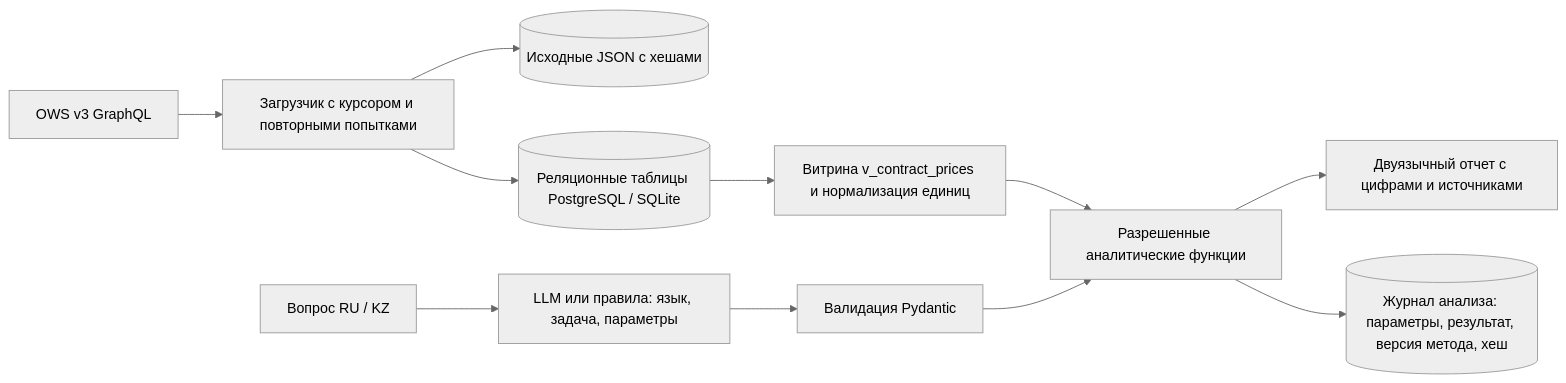
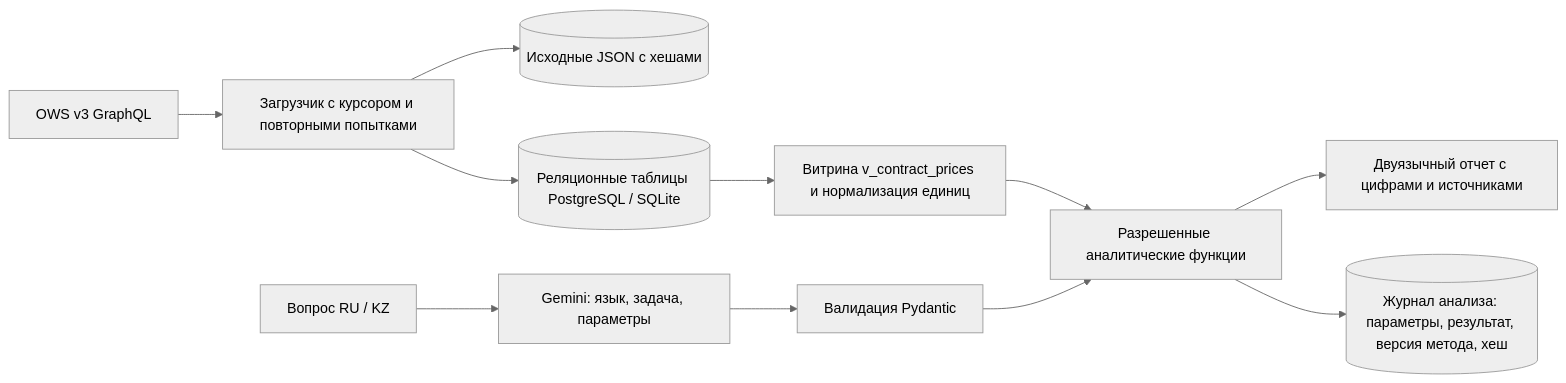
One commit to RakhatLukum646/QazProcure changed the diagram in docs/architecture.md. Above: the diagram before and after it, drawn with Mermaid (neutral theme). The commit also changed other lines of this file and 81 other files, not shown here.

````diff
--- a/docs/architecture.md
+++ b/docs/architecture.md
@@ -5,13 +6,13 @@
 ```mermaid
 flowchart LR
     A[OWS v3 GraphQL] --> B[Загрузчик с курсором и повторными попытками]
     B --> C[(Исходные JSON с хешами)]
     B --> D[(Реляционные таблицы PostgreSQL / SQLite)]
     D --> E[Витрина v_contract_prices и нормализация единиц]
-    U[Вопрос RU / KZ] --> P[LLM или правила: язык, задача, параметры]
+    U[Вопрос RU / KZ] --> P[Gemini: язык, задача, параметры]
     P --> V[Валидация Pydantic]
     V --> T[Разрешенные аналитические функции]
     E --> T
     T --> R[Двуязычный отчет с цифрами и источниками]
     T --> H[(Журнал анализа: параметры, результат, версия метода, хеш)]
 ```
````
